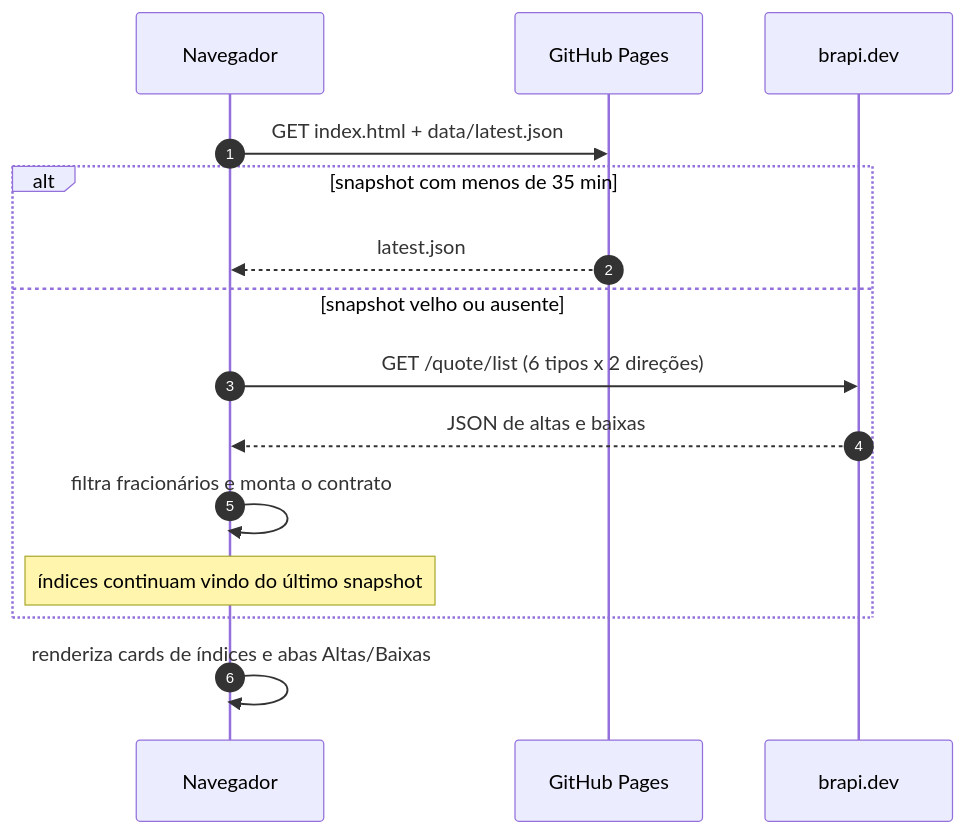
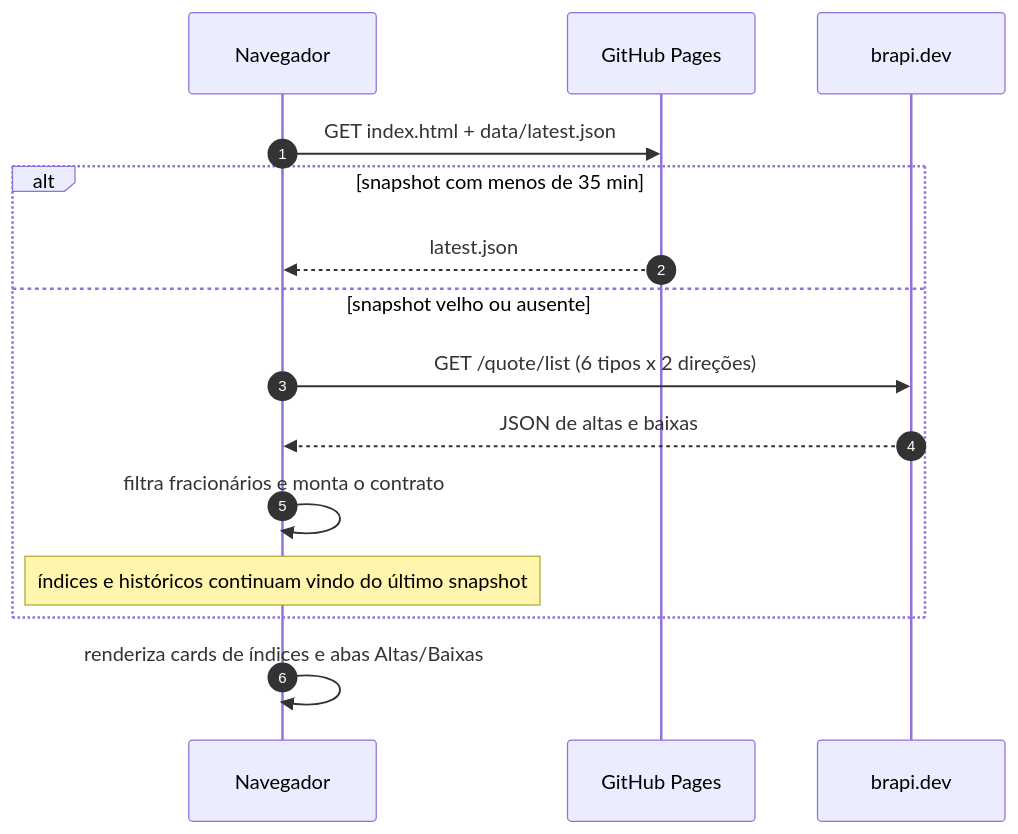
One commit to fabianoflorentino/stckcraw changed the seventh of 9 diagrams in docs/architecture.md. Above: the diagram before and after it, drawn with Mermaid. The commit also changed other lines of this file and 11 other files, not shown here.

First line of the commit message:
feat(dashboard): add daily charts for indices and assets

````diff
--- a/docs/architecture.md
+++ b/docs/architecture.md
@@ -145,18 +149,18 @@
 ```mermaid
 sequenceDiagram
   autonumber
   participant U as Navegador
   participant P as GitHub Pages
   participant B as brapi.dev
 
   U->>P: GET index.html + data/latest.json
   alt snapshot com menos de 35 min
     P-->>U: latest.json
   else snapshot velho ou ausente
     U->>B: GET /quote/list (6 tipos x 2 direções)
     B-->>U: JSON de altas e baixas
     U->>U: filtra fracionários e monta o contrato
-    Note over U: índices continuam vindo do último snapshot
+    Note over U: índices e históricos continuam vindo do último snapshot
   end
   U->>U: renderiza cards de índices e abas Altas/Baixas
 ```
````
